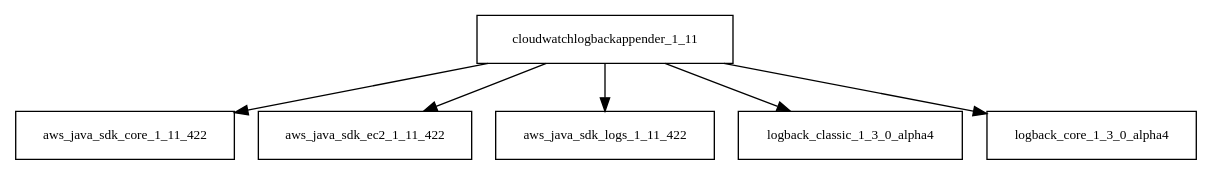
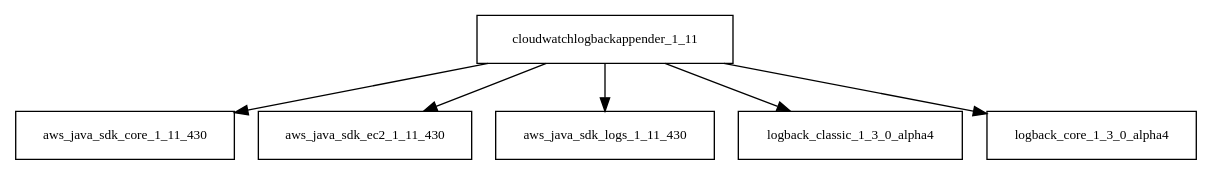
One commit to Hack23/cia changed the diagram in tattleTaleReport/graphviz/cloudwatchlogbackappender-1.11.jar/cloudwatchlogbackappender-1.11.jar.dot. Above: the diagram before and after it, drawn with Graphviz. The commit also changed 2494 other files, not shown here.

```diff
--- a/tattleTaleReport/graphviz/cloudwatchlogbackappender-1.11.jar/cloudwatchlogbackappender-1.11.jar.dot
+++ b/tattleTaleReport/graphviz/cloudwatchlogbackappender-1.11.jar/cloudwatchlogbackappender-1.11.jar.dot
@@ -1,8 +1,8 @@
 digraph cloudwatchlogbackappender_1_11_dependencies {
   node [shape = box, fontsize=10.0];
-  cloudwatchlogbackappender_1_11 -> aws_java_sdk_core_1_11_422;
-  cloudwatchlogbackappender_1_11 -> aws_java_sdk_ec2_1_11_422;
-  cloudwatchlogbackappender_1_11 -> aws_java_sdk_logs_1_11_422;
+  cloudwatchlogbackappender_1_11 -> aws_java_sdk_core_1_11_430;
+  cloudwatchlogbackappender_1_11 -> aws_java_sdk_ec2_1_11_430;
+  cloudwatchlogbackappender_1_11 -> aws_java_sdk_logs_1_11_430;
   cloudwatchlogbackappender_1_11 -> logback_classic_1_3_0_alpha4;
   cloudwatchlogbackappender_1_11 -> logback_core_1_3_0_alpha4;
 }
```
